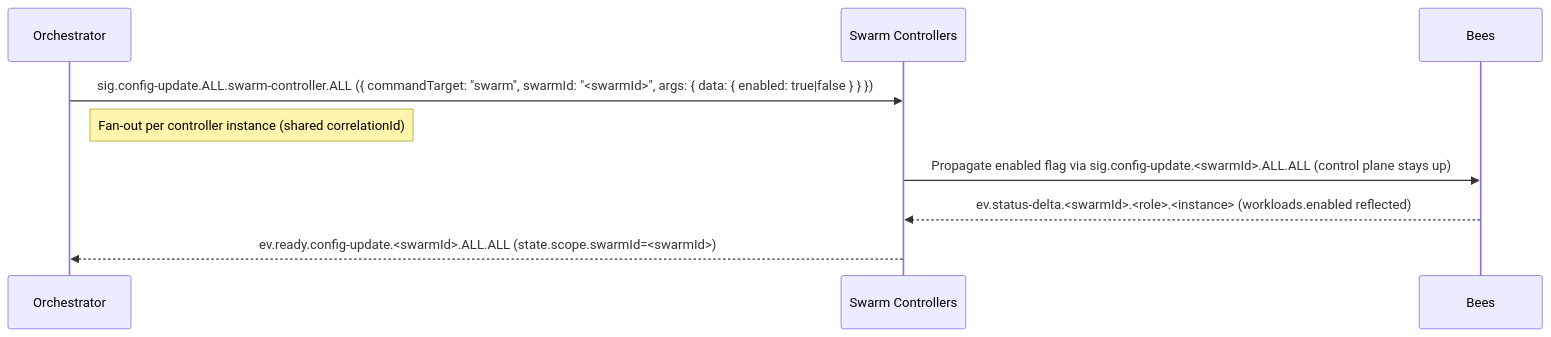
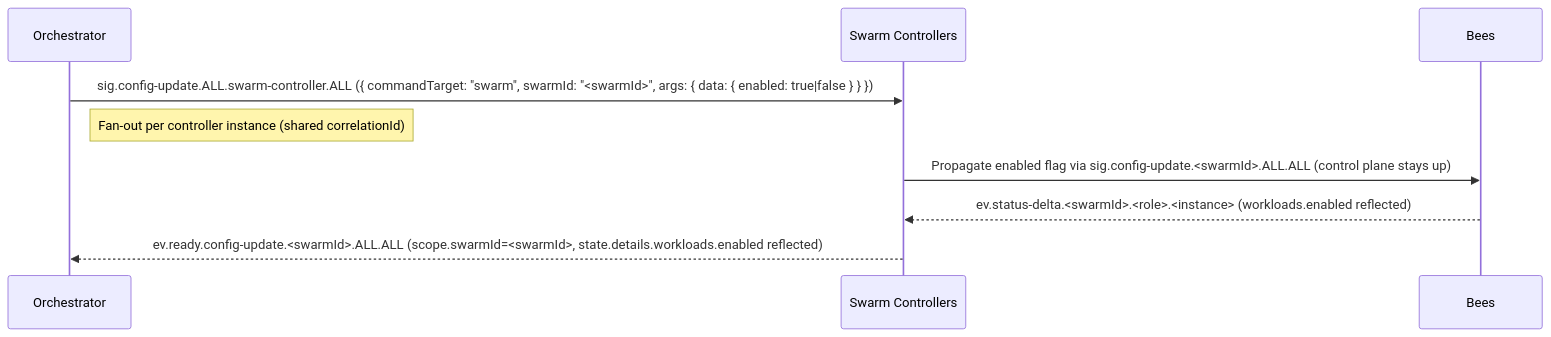
The fourth of 8 diagrams in docs/ARCHITECTURE.md (sepa79/PocketHive), drawn with Mermaid before and after one commit. The commit also changed other lines of this file and 19 other files, not shown here.

````diff
--- a/docs/ARCHITECTURE.md
+++ b/docs/ARCHITECTURE.md
@@ -199,12 +199,12 @@
 ```mermaid
 sequenceDiagram
   participant QN as Orchestrator
   participant MSH as Swarm Controllers
   participant CMP as Bees
 
   QN->>MSH: sig.config-update.ALL.swarm-controller.ALL ({ commandTarget: "swarm", swarmId: "<swarmId>", args: { data: { enabled: true|false } } })
   note right of QN: Fan-out per controller instance (shared correlationId)
   MSH->>CMP: Propagate enabled flag via sig.config-update.<swarmId>.ALL.ALL (control plane stays up)
   CMP-->>MSH: ev.status-delta.<swarmId>.<role>.<instance> (workloads.enabled reflected)
-  MSH-->>QN: ev.ready.config-update.<swarmId>.ALL.ALL (state.scope.swarmId=<swarmId>)
+  MSH-->>QN: ev.ready.config-update.<swarmId>.ALL.ALL (scope.swarmId=<swarmId>, state.details.workloads.enabled reflected)
 ```
````
